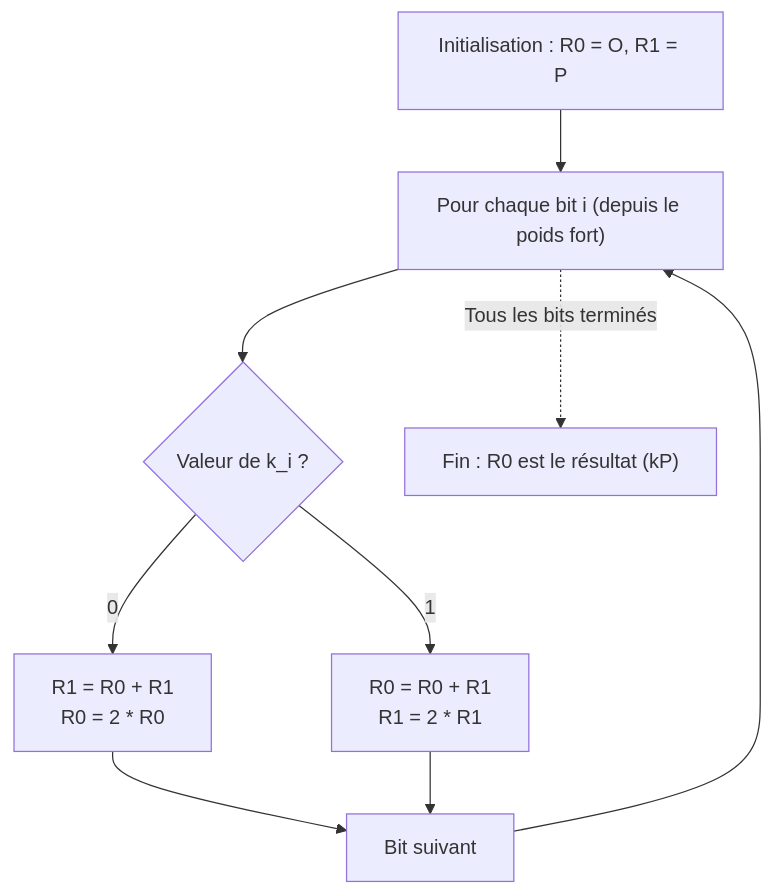
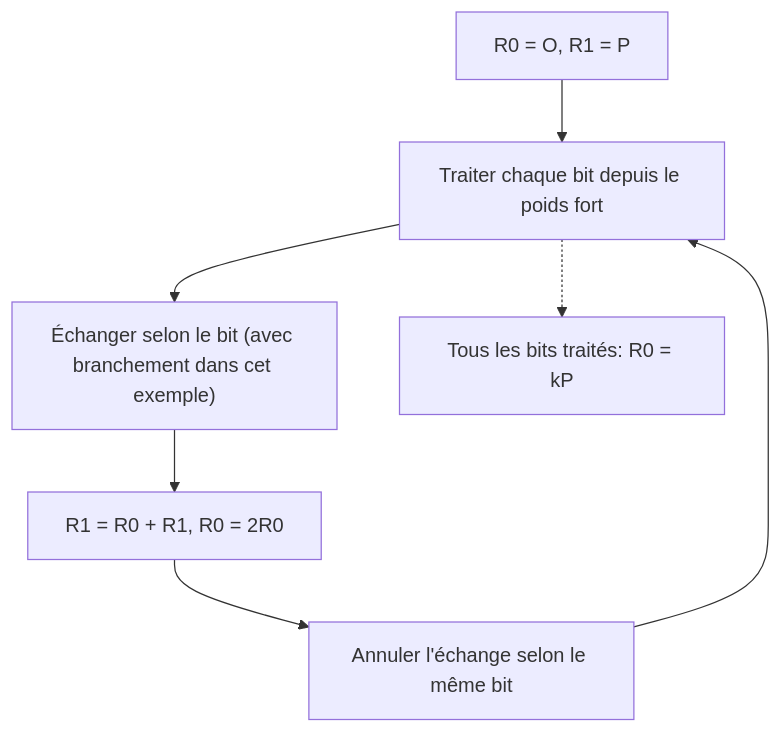
Before and after one commit to kenjinote/blog: the second of 3 diagrams in content/post/楕円曲線暗号の数学的基礎とcppでの実装/index.fr.md, drawn with Mermaid. The commit also changed other lines of this file and 6 other files, not shown here.

````diff
--- a/content/post/楕円曲線暗号の数学的基礎とcppでの実装/index.fr.md
+++ b/content/post/楕円曲線暗号の数学的基礎とcppでの実装/index.fr.md
@@ -252,14 +106,9 @@
 ```mermaid
 graph TD
-    Start["Initialisation : R0 = O, R1 = P"] --> LoopStart["Pour chaque bit i (depuis le poids fort)"]
-    LoopStart --> Cond{"Valeur de k_i ?"}
-    
-    Cond -->|"0"| Branch0["R1 = R0 + R1<br>R0 = 2 * R0"]
-    Cond -->|"1"| Branch1["R0 = R0 + R1<br>R1 = 2 * R1"]
-    
-    Branch0 --> LoopEnd["Bit suivant"]
-    Branch1 --> LoopEnd
-    
-    LoopEnd --> LoopStart
-    LoopStart -.->|"Tous les bits terminés"| End["Fin : R0 est le résultat (kP)"]
+    A["R0 = O, R1 = P"] --> B["Traiter chaque bit depuis le poids fort"]
+    B --> C["Échanger selon le bit (avec branchement dans cet exemple)"]
+    C --> D["R1 = R0 + R1, R0 = 2R0"]
+    D --> E["Annuler l'échange selon le même bit"]
+    E --> B
+    B -.-> F["Tous les bits traités: R0 = kP"]
 ```
````
